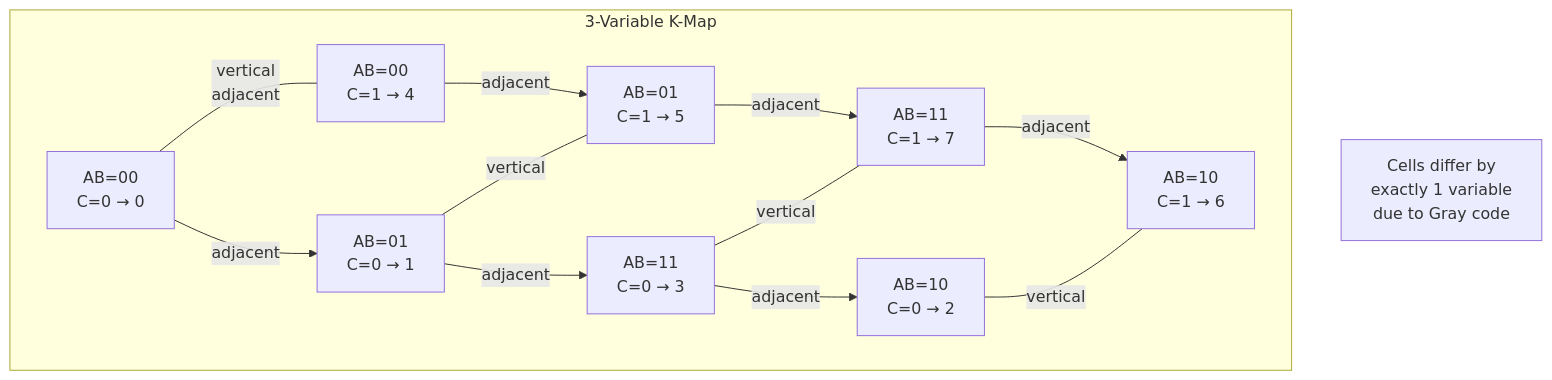
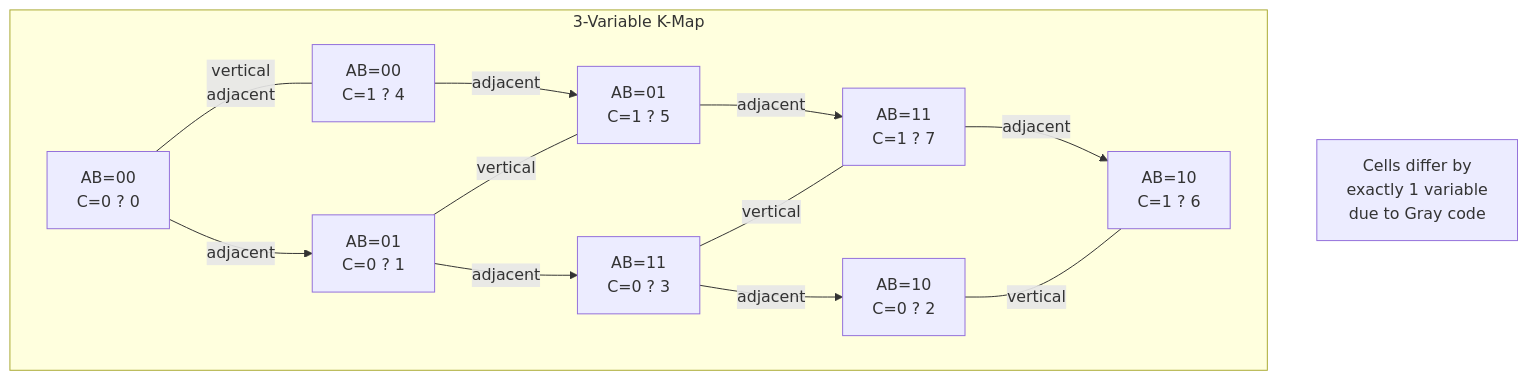
Before and after one commit to Raushan666java/ai-engineering-journey: the fourth of 7 diagrams in docs/courses/digital-logic/04-karnaugh-maps.md, drawn with Mermaid. The commit also changed other lines of this file and 790 other files, not shown here.

Commit message:
Sync all course diagram renders and content updates

````diff
--- a/docs/courses/digital-logic/04-karnaugh-maps.md
+++ b/docs/courses/digital-logic/04-karnaugh-maps.md
@@ -786,16 +786,16 @@
 ```mermaid
 flowchart TD
     subgraph KM[3-Variable K-Map]
-        C0[AB=00<br/>C=0 → 0] -->|adjacent| C1[AB=01<br/>C=0 → 1]
-        C1 -->|adjacent| C3[AB=11<br/>C=0 → 3]
-        C3 -->|adjacent| C2[AB=10<br/>C=0 → 2]
-        C4[AB=00<br/>C=1 → 4] -->|adjacent| C5[AB=01<br/>C=1 → 5]
-        C5 -->|adjacent| C7[AB=11<br/>C=1 → 7]
-        C7 -->|adjacent| C6[AB=10<br/>C=1 → 6]
+        C0[AB=00<br/>C=0 ? 0] -->|adjacent| C1[AB=01<br/>C=0 ? 1]
+        C1 -->|adjacent| C3[AB=11<br/>C=0 ? 3]
+        C3 -->|adjacent| C2[AB=10<br/>C=0 ? 2]
+        C4[AB=00<br/>C=1 ? 4] -->|adjacent| C5[AB=01<br/>C=1 ? 5]
+        C5 -->|adjacent| C7[AB=11<br/>C=1 ? 7]
+        C7 -->|adjacent| C6[AB=10<br/>C=1 ? 6]
     end
     C0 ---|vertical<br/>adjacent| C4
     C1 ---|vertical| C5
     C3 ---|vertical| C7
     C2 ---|vertical| C6
     note[Cells differ by<br/>exactly 1 variable<br/>due to Gray code]
 ```
````
